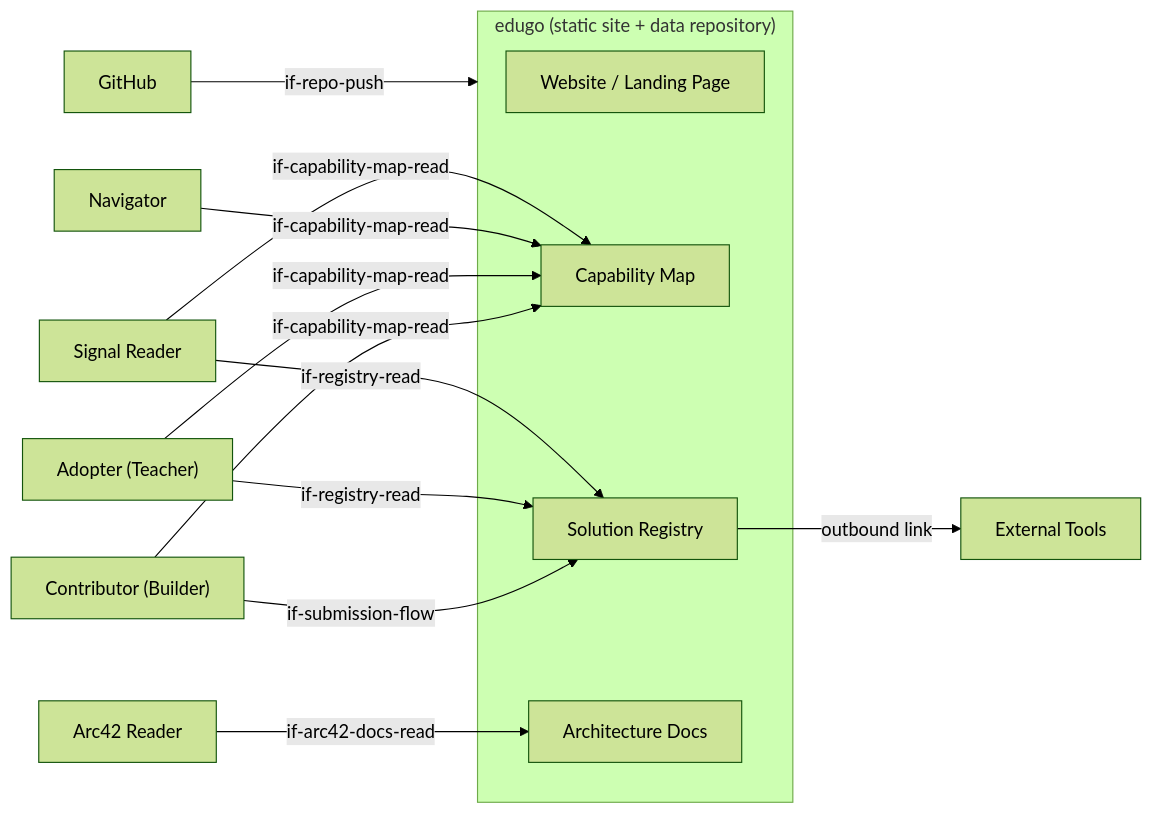
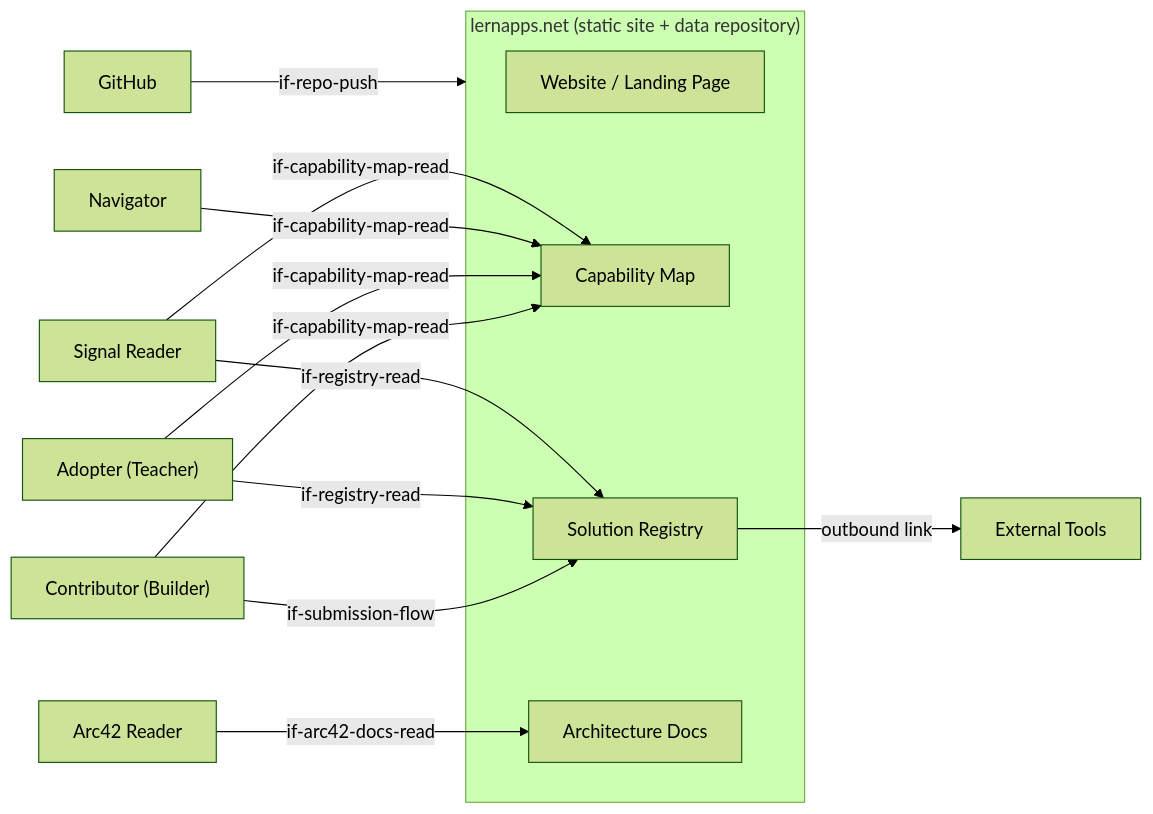
One commit to lernapps/map changed the diagram in docs/arc42/03-system-scope-and-context.arc42.md. Above: the diagram before and after it, drawn with Mermaid (forest theme). The commit also changed other lines of this file and 13 other files, not shown here.

First line of the commit message:
docs(arc42): rename edugo to lernapps.net

````diff
--- a/docs/arc42/03-system-scope-and-context.arc42.md
+++ b/docs/arc42/03-system-scope-and-context.arc42.md
@@ -140,20 +140,20 @@
 ```mermaid
 graph LR
-  subgraph edugo["edugo (static site + data repository)"]
+  subgraph lernapps["lernapps.net (static site + data repository)"]
     bb_website["Website / Landing Page"]
     bb_cap["Capability Map"]
     bb_reg["Solution Registry"]
     bb_arc42["Architecture Docs"]
   end
 
   actor_contributor["Contributor (Builder)"] -->|if-capability-map-read| bb_cap
   actor_contributor -->|if-submission-flow| bb_reg
   actor_adopter["Adopter (Teacher)"] -->|if-registry-read| bb_reg
   actor_adopter -->|if-capability-map-read| bb_cap
   actor_navigator["Navigator"] -->|if-capability-map-read| bb_cap
   actor_signal["Signal Reader"] -->|if-capability-map-read| bb_cap
   actor_signal -->|if-registry-read| bb_reg
   actor_arc42["Arc42 Reader"] -->|if-arc42-docs-read| bb_arc42
-  actor_github["GitHub"] -->|if-repo-push| edugo
+  actor_github["GitHub"] -->|if-repo-push| lernapps
   bb_reg -->|outbound link| actor_tools["External Tools"]
 ```
````
